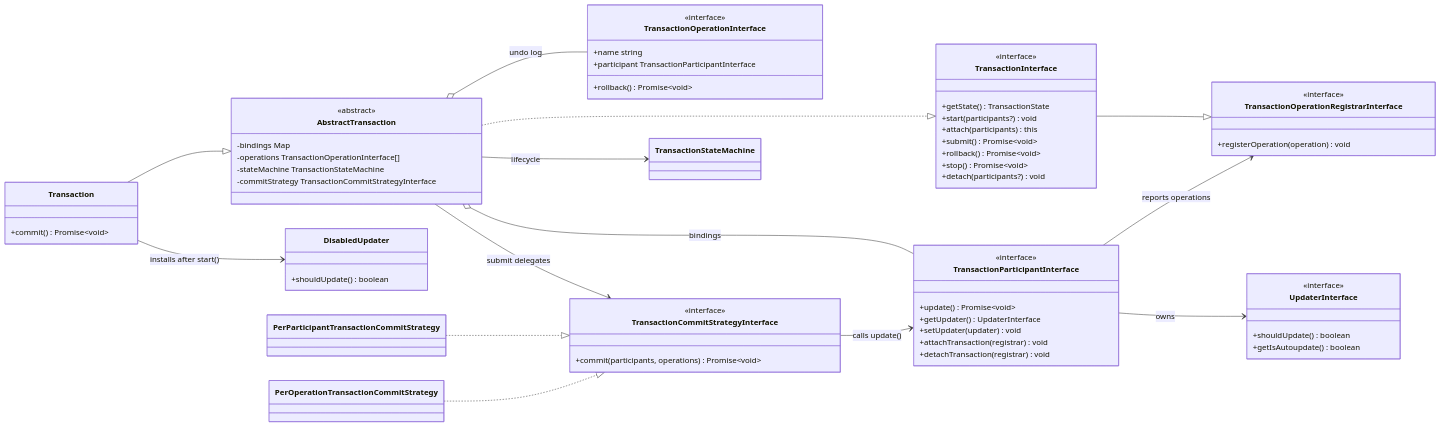
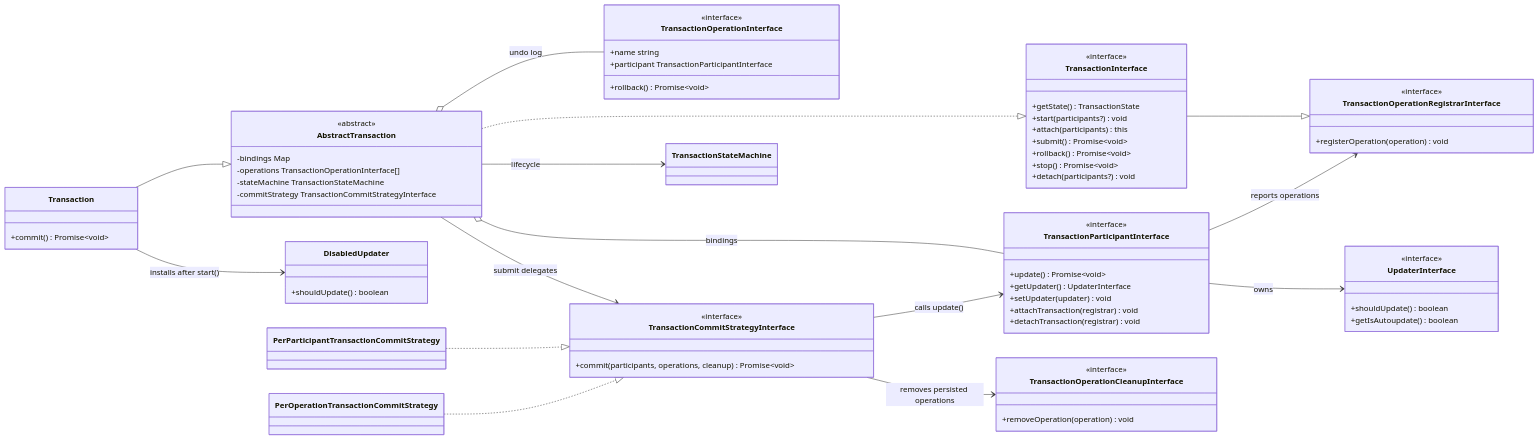
Before and after one commit to Frxnklyn/npm-transaction-manager: the diagram in README.md, drawn with Mermaid. The commit also changed other lines of this file and 11 other files, not shown here.

```diff
--- a/README.md
+++ b/README.md
@@ -81,7 +83,12 @@
 
     class TransactionCommitStrategyInterface {
         <<interface>>
-        +commit(participants, operations) Promise~void~
+        +commit(participants, operations, cleanup) Promise~void~
+    }
+
+    class TransactionOperationCleanupInterface {
+        <<interface>>
+        +removeOperation(operation) void
     }
 
     class PerParticipantTransactionCommitStrategy
@@ -97,6 +104,7 @@
     AbstractTransaction o-- TransactionOperationInterface : undo log
     AbstractTransaction --> TransactionStateMachine : lifecycle
     AbstractTransaction --> TransactionCommitStrategyInterface : submit delegates
+    TransactionCommitStrategyInterface --> TransactionOperationCleanupInterface : removes persisted operations
     Transaction --> DisabledUpdater : installs after start()
     PerParticipantTransactionCommitStrategy ..|> TransactionCommitStrategyInterface
     PerOperationTransactionCommitStrategy ..|> TransactionCommitStrategyInterface
```
